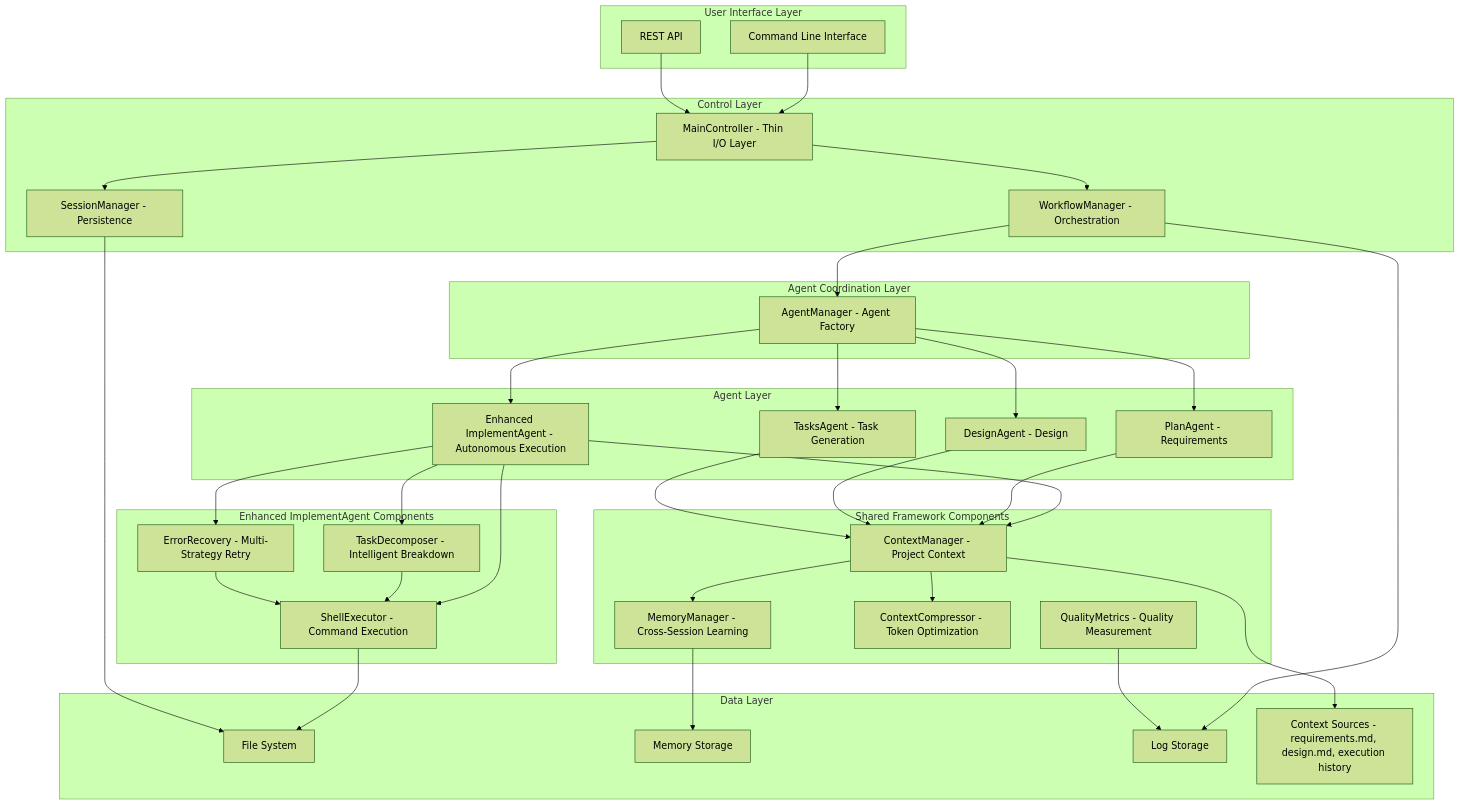
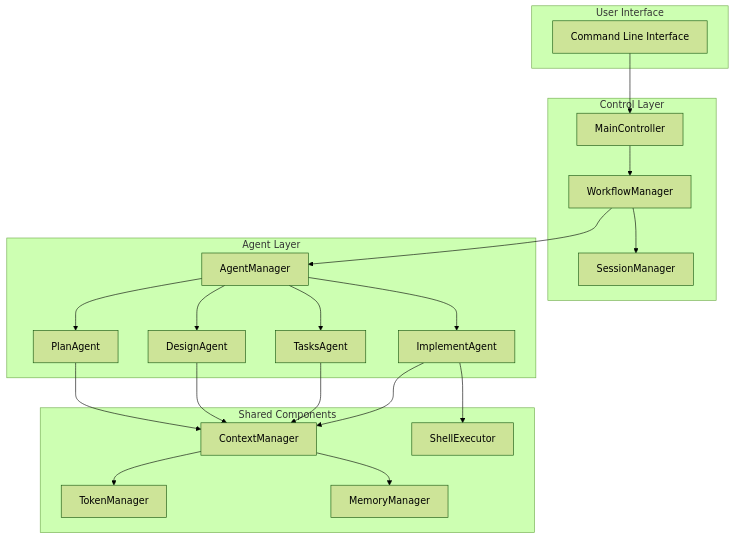
One commit to wirelessr/SpecForge-Agent changed the first of 2 diagrams in autogen_framework/docs/developer-guide.md. Above: the diagram before and after it, drawn with Mermaid (forest theme). The commit also changed other lines of this file and 16 other files, not shown here.

````diff
--- a/autogen_framework/docs/developer-guide.md
+++ b/autogen_framework/docs/developer-guide.md
@@ -17,76 +17,47 @@
 ```mermaid
 graph TB
-    subgraph "User Interface Layer"
+    subgraph "User Interface"
         CLI[Command Line Interface]
-        API[REST API]
     end
 
     subgraph "Control Layer"
-        MC[MainController - Thin I/O Layer]
-        WM[WorkflowManager - Orchestration]
-        SM[SessionManager - Persistence]
-    end
-
-    subgraph "Agent Coordination Layer"
-        AM[AgentManager - Agent Factory]
+        MC[MainController]
+        WM[WorkflowManager]
+        SM[SessionManager]
     end
 
     subgraph "Agent Layer"
-        PA[PlanAgent - Requirements]
-        DA[DesignAgent - Design]
-        TA[TasksAgent - Task Generation]
-        IA[Enhanced ImplementAgent - Autonomous Execution]
+        AM[AgentManager]
+        PA[PlanAgent]
+        DA[DesignAgent]
+        TA[TasksAgent]
+        IA[ImplementAgent]
     end
 
-    subgraph "Enhanced ImplementAgent Components"
-        TD[TaskDecomposer - Intelligent Breakdown]
-        ER[ErrorRecovery - Multi-Strategy Retry]
-        SE[ShellExecutor - Command Execution]
-    end
-
-    subgraph "Shared Framework Components"
-        CM[ContextManager - Project Context]
-        MM[MemoryManager - Cross-Session Learning]
-        CC[ContextCompressor - Token Optimization]
-        QM[QualityMetrics - Quality Measurement]
-    end
-
-    subgraph "Data Layer"
-        FS[File System]
-        MEM[Memory Storage]
-        LOG[Log Storage]
-        CTX[Context Sources - requirements.md, design.md, execution history]
+    subgraph "Shared Components"
+        CM[ContextManager]
+        TM[TokenManager]
+        MM[MemoryManager]
+        SE[ShellExecutor]
     end
 
     CLI --> MC
-    API --> MC
     MC --> WM
-    MC --> SM
+    WM --> SM
     WM --> AM
+
     AM --> PA
     AM --> DA
     AM --> TA
     AM --> IA
 
-    IA --> TD
-    IA --> ER
     IA --> SE
-    IA --> CM
 
     PA --> CM
     DA --> CM
     TA --> CM
+    IA --> CM
 
+    CM --> TM
     CM --> MM
-    CM --> CC
-    CM --> CTX
-
-    TD --> SE
-    ER --> SE
-
-    MM --> MEM
-    SE --> FS
-    SM --> FS
-    WM --> LOG
-    QM --> LOG
 ```
````
